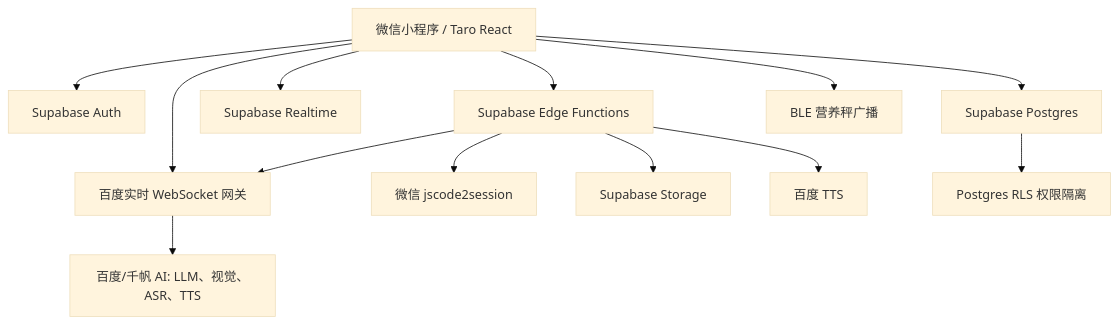
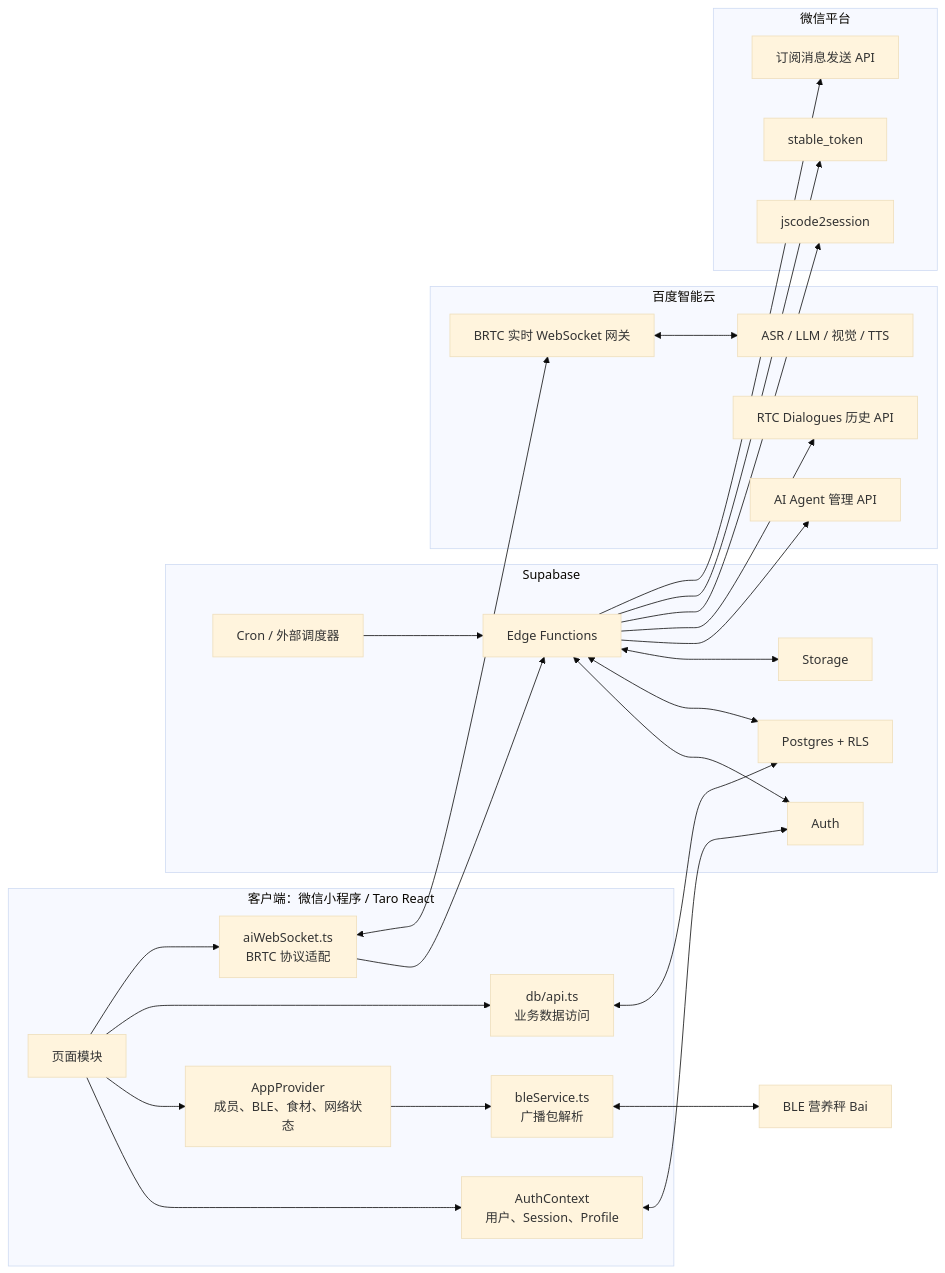
The first of 22 diagrams in docs/system-architecture-current-report.md (pipiwolve/HealthCare), drawn with Mermaid (base theme) before and after one commit. The commit also changed other lines of this file and 64 other files, not shown here.

````diff
--- a/docs/system-architecture-current-report.md
+++ b/docs/system-architecture-current-report.md
@@ -26,17 +37,55 @@
 ```mermaid
-flowchart TD
-  MP["微信小程序 / Taro React"] --> Auth["Supabase Auth"]
-  MP --> DB["Supabase Postgres"]
-  MP --> RT["Supabase Realtime"]
-  MP --> EF["Supabase Edge Functions"]
-  MP --> BLE["BLE 营养秤广播"]
-  MP --> WS["百度实时 WebSocket 网关"]
+flowchart LR
+  subgraph Client["客户端：微信小程序 / Taro React"]
+    Pages["页面模块"]
+    AuthCtx["AuthContext\n用户、Session、Profile"]
+    AppCtx["AppProvider\n成员、BLE、食材、网络状态"]
+    DBAPI["db/api.ts\n业务数据访问"]
+    AIWS["aiWebSocket.ts\nBRTC 协议适配"]
+    BLE["bleService.ts\n广播包解析"]
+  end
 
-  EF --> WX["微信 jscode2session"]
-  EF --> Storage["Supabase Storage"]
-  EF --> BaiduTTS["百度 TTS"]
-  EF --> WS
+  subgraph Supabase["Supabase"]
+    Auth["Auth"]
+    PG["Postgres + RLS"]
+    Storage["Storage"]
+    EF["Edge Functions"]
+    Cron["Cron / 外部调度器"]
+  end
 
-  WS --> AI["百度/千帆 AI: LLM、视觉、ASR、TTS"]
-  DB --> RLS["Postgres RLS 权限隔离"]
+  subgraph Baidu["百度智能云"]
+    AgentAPI["AI Agent 管理 API"]
+    Gateway["BRTC 实时 WebSocket 网关"]
+    Dialogues["RTC Dialogues 历史 API"]
+    Models["ASR / LLM / 视觉 / TTS"]
+  end
+
+  subgraph WeChat["微信平台"]
+    LoginAPI["jscode2session"]
+    TokenAPI["stable_token"]
+    SubscribeAPI["订阅消息发送 API"]
+  end
+
+  Scale["BLE 营养秤 Bai"]
+
+  Pages --> AuthCtx
+  Pages --> AppCtx
+  Pages --> DBAPI
+  Pages --> AIWS
+  AppCtx --> BLE
+  BLE <--> Scale
+  AuthCtx <--> Auth
+  DBAPI <--> PG
+  AIWS --> EF
+  AIWS <--> Gateway
+  Gateway <--> Models
+  EF <--> Auth
+  EF <--> PG
+  EF <--> Storage
+  EF --> AgentAPI
+  EF --> Dialogues
+  EF --> LoginAPI
+  EF --> TokenAPI
+  EF --> SubscribeAPI
+  Cron --> EF
 ```
````
